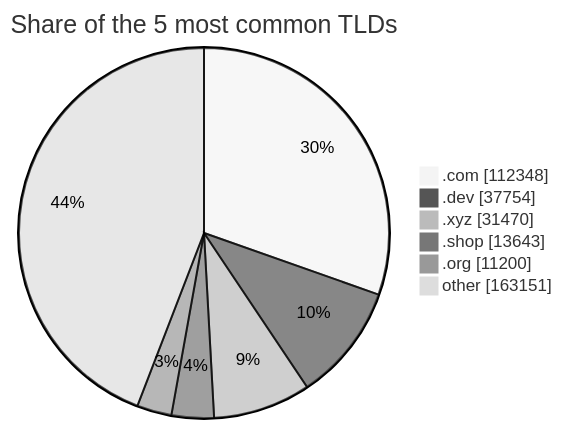
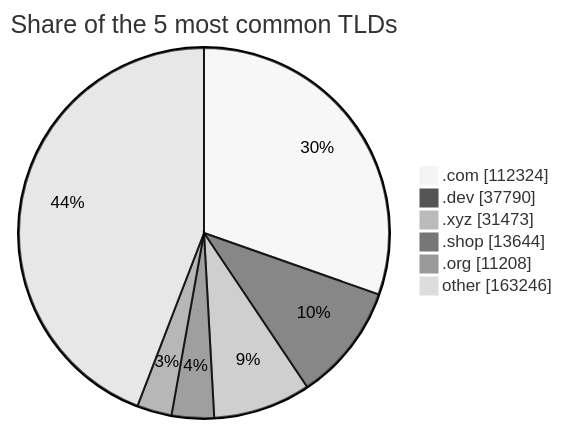
Before and after one commit to DNSBunker/CTI: the third of 3 diagrams in README.md, drawn with Mermaid (neutral theme). The commit also changed other lines of this file and 3 other files, not shown here.

````diff
--- a/README.md
+++ b/README.md
@@ -81,9 +81,9 @@
 ```mermaid
 pie showData title Share of the 5 most common TLDs
-    ".com" : 112348
-    ".dev" : 37754
-    ".xyz" : 31470
-    ".shop" : 13643
-    ".org" : 11200
-    "other" : 163151
+    ".com" : 112324
+    ".dev" : 37790
+    ".xyz" : 31473
+    ".shop" : 13644
+    ".org" : 11208
+    "other" : 163246
 ```
````
